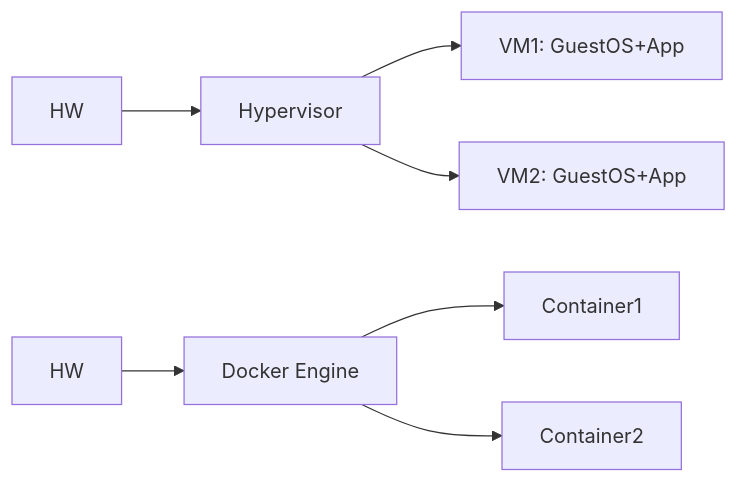
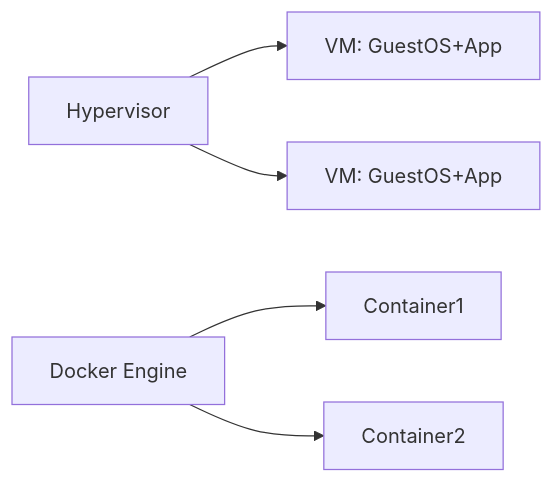
One commit to yjkim2015/yjkim2015.github.io changed the first of 2 diagrams in _posts/cloud/2026-05-01-docker.md. Above: the diagram before and after it, drawn with Mermaid. The commit also changed 163 other files, not shown here.

First line of the commit message:
Mermaid 300개 블록 내용 축소: 5노드 5엣지 이하, 의미 있는 약어

````diff
--- a/_posts/cloud/2026-05-01-docker.md
+++ b/_posts/cloud/2026-05-01-docker.md
@@ -21,9 +21,7 @@
 ```mermaid
 graph LR
-    HW1["HW"] --> HV["Hypervisor"]
-    HV --> VM1["VM1: GuestOS+App"]
-    HV --> VM2["VM2: GuestOS+App"]
-    HW2["HW"] --> DE["Docker Engine"]
-    DE --> C1["Container1"]
+    HV["Hypervisor"] --> VM1["VM: GuestOS+App"]
+    HV --> VM2["VM: GuestOS+App"]
+    DE["Docker Engine"] --> C1["Container1"]
     DE --> C2["Container2"]
 ```
````
